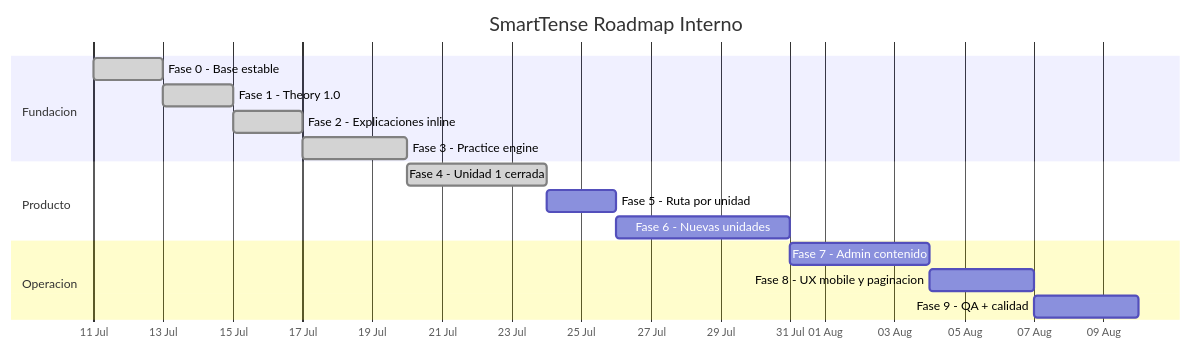
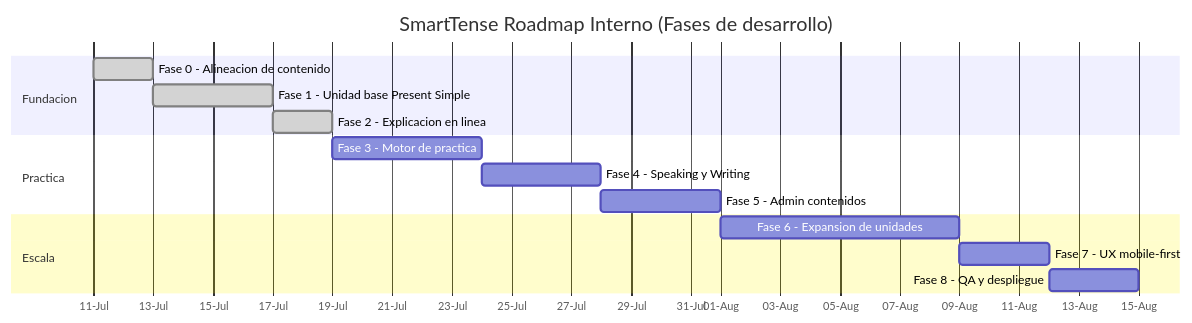
Before and after one commit to dafermen/SmartTense: the diagram in docs/PROJECT_PHASE_EXECUTION_PLAN_FROM_DARIO.md, drawn with Mermaid. The commit also changed other lines of this file, not shown here.

Commit message:
Update Dario-based phased roadmap with executive/operational tasks and Gantt

````diff
--- a/docs/PROJECT_PHASE_EXECUTION_PLAN_FROM_DARIO.md
+++ b/docs/PROJECT_PHASE_EXECUTION_PLAN_FROM_DARIO.md
@@ -193,22 +166,21 @@
 ```mermaid
 gantt
-    title SmartTense Roadmap Interno
+    title SmartTense Roadmap Interno (Fases de desarrollo)
     dateFormat  YYYY-MM-DD
-    axisFormat  %d %b
+    axisFormat  %d-%b
 
     section Fundacion
-    Fase 0 - Base estable               :done, p0, 2026-07-11, 2d
-    Fase 1 - Theory 1.0                 :done, p1, after p0, 2d
-    Fase 2 - Explicaciones inline        :done, p2, after p1, 2d
-    Fase 3 - Practice engine             :done, p3, after p2, 3d
+    Fase 0 - Alineacion de contenido      :done, p0, 2026-07-11, 2d
+    Fase 1 - Unidad base Present Simple    :done, p1, after p0, 4d
+    Fase 2 - Explicacion en linea         :done, p2, after p1, 2d
 
-    section Producto
-    Fase 4 - Unidad 1 cerrada            :done, p4, after p3, 4d
-    Fase 5 - Ruta por unidad             :p5, after p4, 2d
-    Fase 6 - Nuevas unidades             :p6, after p5, 5d
+    section Practica
+    Fase 3 - Motor de practica            :p3, after p2, 5d
+    Fase 4 - Speaking y Writing           :p4, after p3, 4d
+    Fase 5 - Admin contenidos             :p5, after p4, 4d
 
-    section Operacion
-    Fase 7 - Admin contenido            :p7, after p6, 4d
-    Fase 8 - UX mobile y paginacion      :p8, after p7, 3d
-    Fase 9 - QA + calidad                :p9, after p8, 3d
+    section Escala
+    Fase 6 - Expansion de unidades        :p6, after p5, 8d
+    Fase 7 - UX mobile-first              :p7, after p6, 3d
+    Fase 8 - QA y despliegue              :p8, after p7, 3d
 ```
````
